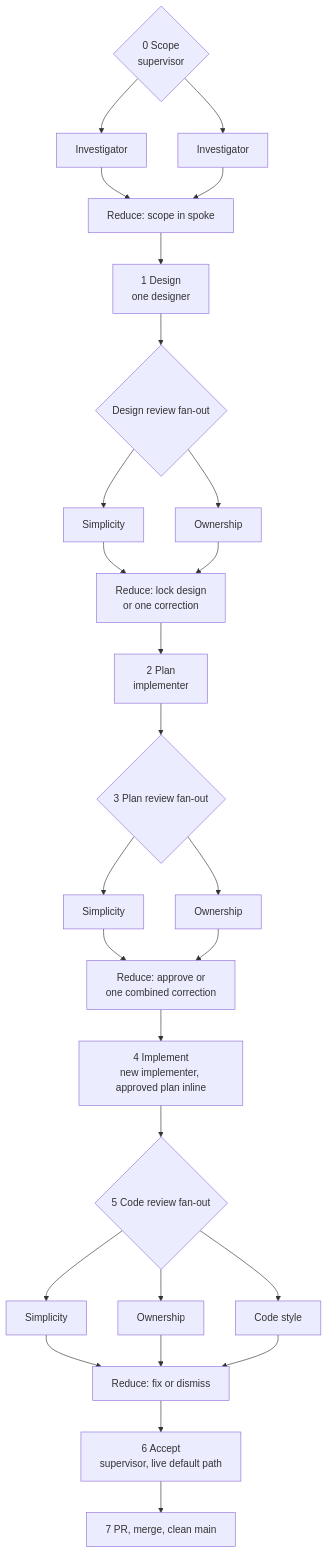
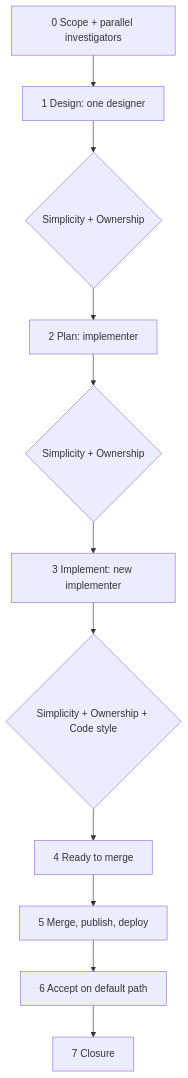
The diagram in docs/design/supervisor-workflow.md (katasec/mission-control-language), drawn with Mermaid before and after one commit. The commit also changed other lines of this file and 2 other files, not shown here.

Commit message:
docs: workflow acceptance after merge; cut workflow to 152 lines; task-timing counts distinct rounds and cuts tokens at merge

````diff
--- a/docs/design/supervisor-workflow.md
+++ b/docs/design/supervisor-workflow.md
@@ -11,24 +10,8 @@
 ```mermaid
 flowchart TD
-    S0{0 Scope<br/>supervisor} --> IA[Investigator]
-    S0 --> IB[Investigator]
-    IA & IB --> R0[Reduce: scope in spoke]
-    R0 --> D[1 Design<br/>one designer]
-    D --> DR{Design review fan-out}
-    DR --> DS[Simplicity]
-    DR --> DO[Ownership]
-    DS & DO --> R1[Reduce: lock design<br/>or one correction]
-    R1 --> P[2 Plan<br/>implementer]
-    P --> PR{3 Plan review fan-out}
-    PR --> PS[Simplicity]
-    PR --> PO[Ownership]
-    PS & PO --> R2[Reduce: approve or<br/>one combined correction]
-    R2 --> I[4 Implement<br/>new implementer, approved plan inline]
-    I --> CR{5 Code review fan-out}
-    CR --> CS[Simplicity]
-    CR --> CO[Ownership]
-    CR --> CY[Code style]
-    CS & CO & CY --> R3[Reduce: fix or dismiss]
-    R3 --> A[6 Accept<br/>supervisor, live default path]
-    A --> M[7 PR, merge, clean main]
+    S[0 Scope + parallel investigators] --> D[1 Design: one designer]
+    D --> DR{Simplicity + Ownership} --> P[2 Plan: implementer]
+    P --> PR{Simplicity + Ownership} --> I[3 Implement: new implementer]
+    I --> CR{Simplicity + Ownership + Code style} --> RD[4 Ready to merge]
+    RD --> M[5 Merge, publish, deploy] --> A[6 Accept on default path] --> C[7 Closure]
 ```
````
